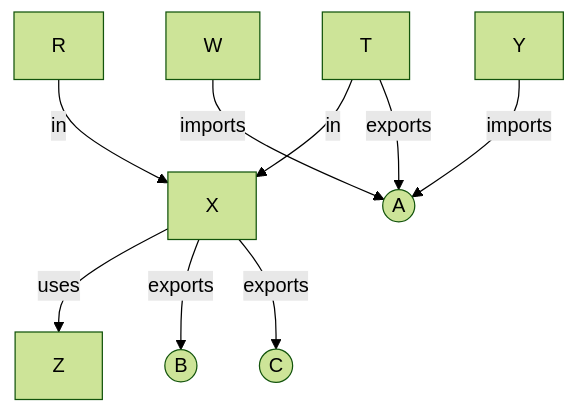
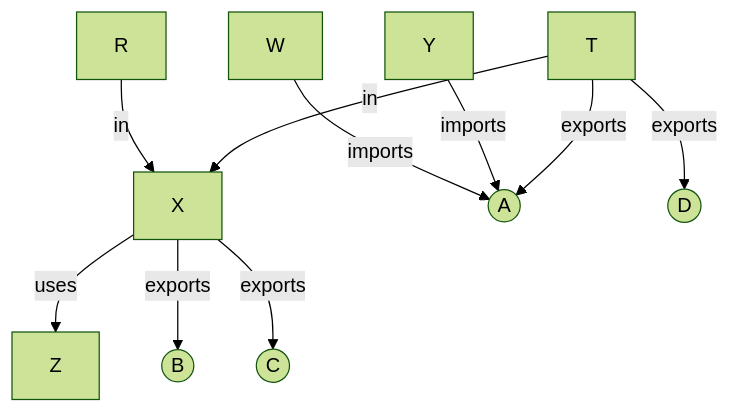
One commit to maglocvnus/data changed the diagram in m/modularisation.md. Above: the diagram before and after it, drawn with Mermaid (forest theme).

Commit message:
Add export relationship for 't' to 'd' in modularisation

````diff
--- a/m/modularisation.md
+++ b/m/modularisation.md
@@ -13,21 +13,23 @@
 ```mermaid
 graph TD
   r[R]
   t[T]
   x[X]
   y[Y]
   z[Z]
   w[W]
   a((A))
   b((B))
   c((C))
+  d((D))
   r -- in --> x
   t -- in --> x
   x -- uses --> z
   w -- imports --> a
   y -- imports --> a
+  t -- exports --> d
   t -- exports --> a
   x -- exports --> b
   x -- exports --> c
 
 ```
````
